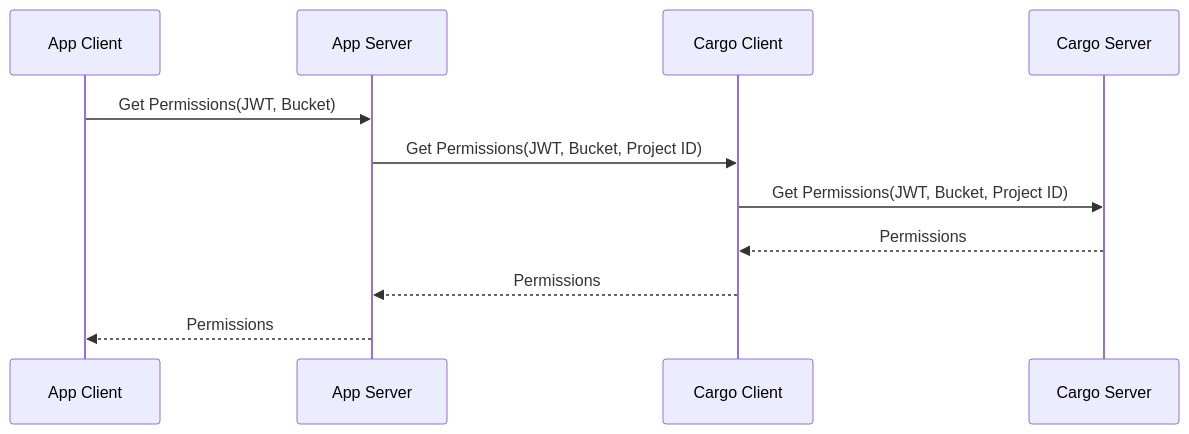
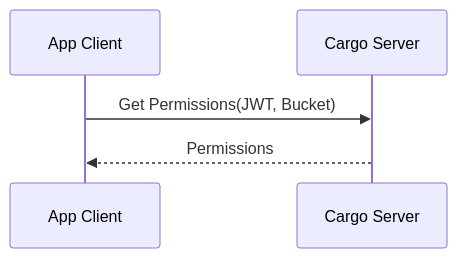
One commit to hicsail/object-storage-service changed the first of 3 diagrams in README.md. Above: the diagram before and after it, drawn with Mermaid. The commit also changed other lines of this file, not shown here.

````diff
--- a/README.md
+++ b/README.md
@@ -27,10 +27,5 @@
 ```mermaid
 sequenceDiagram
-App Client ->> App Server: Get Permissions(JWT, Bucket)
-App Server ->> Cargo Client: Get Permissions(JWT, Bucket, Project ID)
-Cargo Client ->> Cargo Server: Get Permissions(JWT, Bucket, Project ID)
-Cargo Server -->> Cargo Client: Permissions
-Cargo Client -->> App Server: Permissions
-App Server -->> App Client: Permissions
-
+App Client ->> Cargo Server: Get Permissions(JWT, Bucket)
+Cargo Server -->> App Client: Permissions
 ```
````
